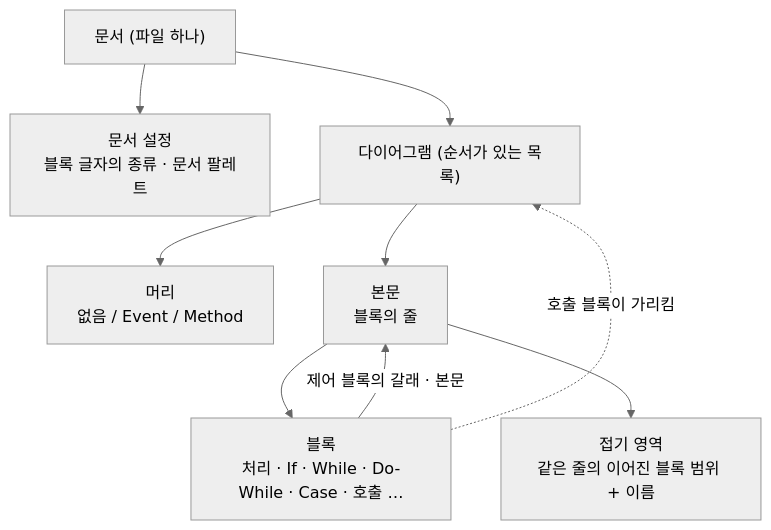
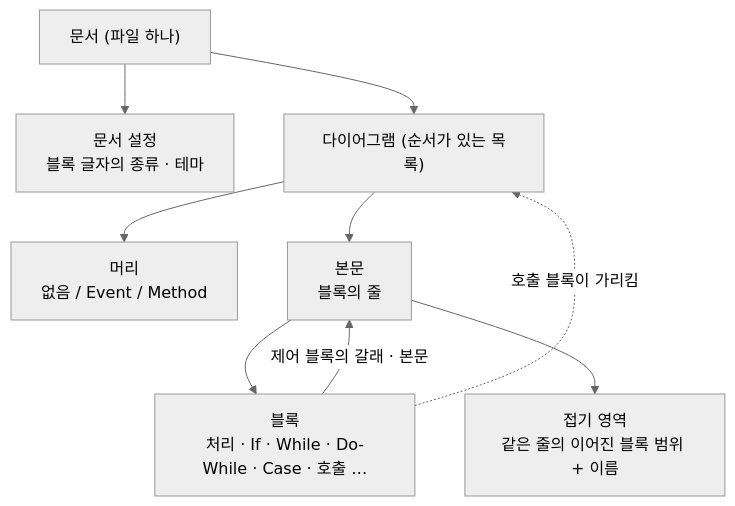
The third of 5 diagrams in docs/03-architecture/03-architecture.md (reddiana/AriadneNSD), drawn with Mermaid (neutral theme) before and after one commit. The commit also changed other lines of this file and 15 other files, not shown here.

````diff
--- a/docs/03-architecture/03-architecture.md
+++ b/docs/03-architecture/03-architecture.md
@@ -114,18 +114,18 @@
 ```mermaid
 flowchart TB
     doc["문서 (파일 하나)"]
-    set["문서 설정<br/>블록 글자의 종류 · 문서 팔레트"]
+    set["문서 설정<br/>블록 글자의 종류 · 테마"]
     dia["다이어그램 (순서가 있는 목록)"]
     head["머리<br/>없음 / Event / Method"]
     body["본문<br/>블록의 줄"]
     blk["블록<br/>처리 · If · While · Do-While · Case · 호출 …"]
     fold["접기 영역<br/>같은 줄의 이어진 블록 범위 + 이름"]
     doc --> set
     doc --> dia
     dia --> head
     dia --> body
     body --> blk
     body --> fold
     blk -->|제어 블록의 갈래 · 본문| body
     blk -.호출 블록이 가리킴.-> dia
 ```
````
